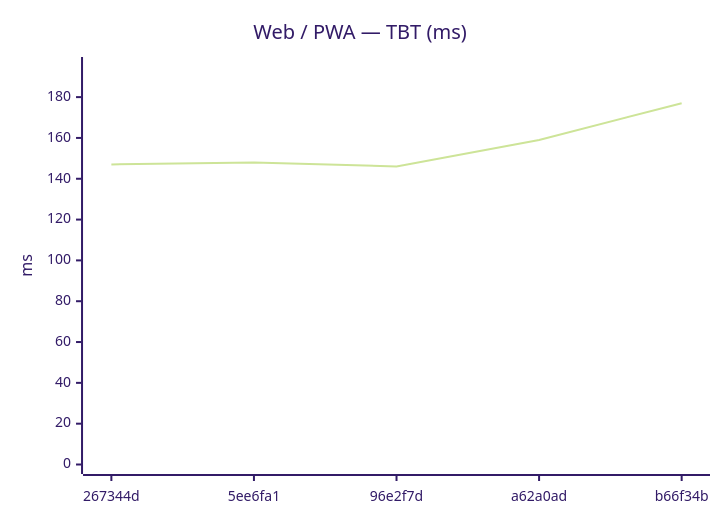
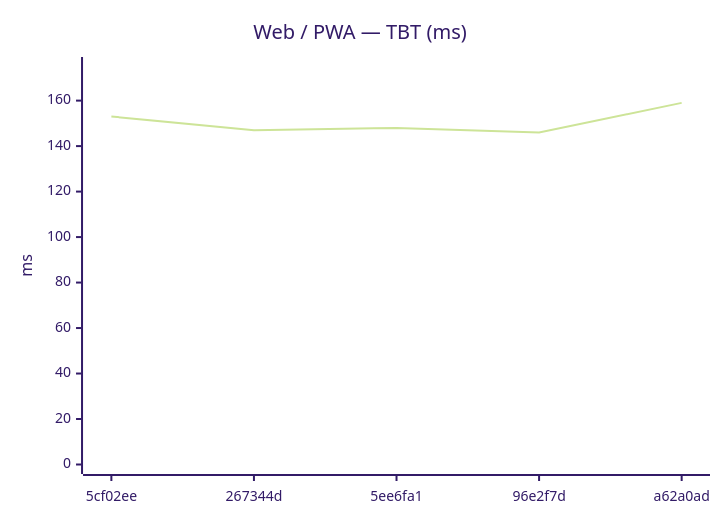
One commit to Metaheurist/Rianell changed the eighth of 18 diagrams in benchmarks/compare.md. Above: the diagram before and after it, drawn with Mermaid (forest theme). The commit also changed other lines of this file and 11 other files, not shown here.

````diff
--- a/benchmarks/compare.md
+++ b/benchmarks/compare.md
@@ -124,7 +124,7 @@
 ```mermaid
 xychart-beta
     title "Web / PWA — TBT (ms)"
-    x-axis ["267344d", "5ee6fa1", "96e2f7d", "a62a0ad", "b66f34b"]
-    y-axis "ms" 0 --> 195
-    line [147, 148, 146, 159, 177]
+    x-axis ["5cf02ee", "267344d", "5ee6fa1", "96e2f7d", "a62a0ad"]
+    y-axis "ms" 0 --> 175
+    line [153, 147, 148, 146, 159]
 ```
````
